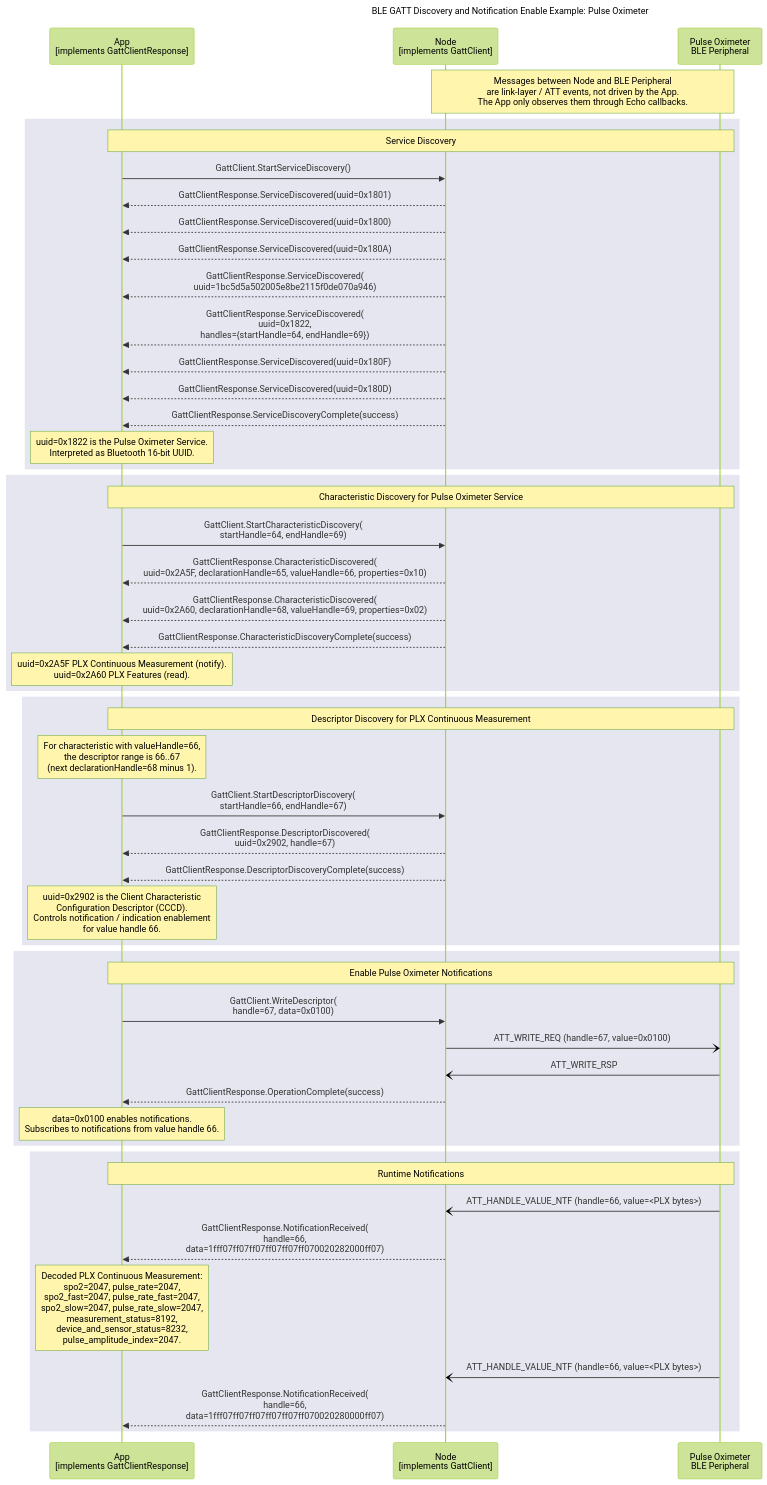
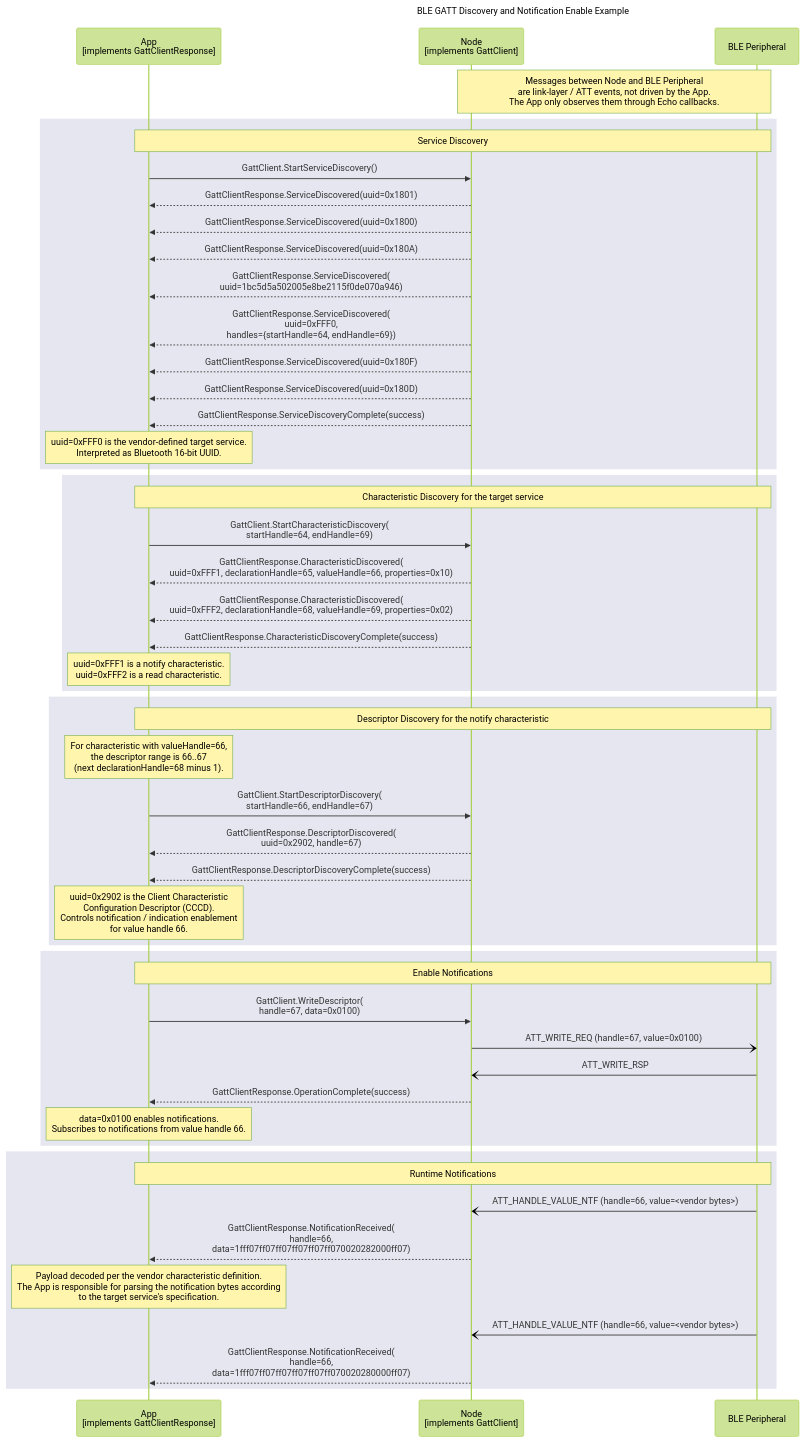
The diagram in documents/modules/ROOT/partials/echoservices/gatt_client/GattClient_DiscoveryFlowDetailed_sequence_example.mmd (philips-software/amp-embedded-infra-lib), drawn with Mermaid (forest theme) before and after one commit. The commit also changed 7 other files, not shown here.

```diff
--- a/documents/modules/ROOT/partials/echoservices/gatt_client/GattClient_DiscoveryFlowDetailed_sequence_example.mmd
+++ b/documents/modules/ROOT/partials/echoservices/gatt_client/GattClient_DiscoveryFlowDetailed_sequence_example.mmd
@@ -1,69 +1,69 @@
 sequenceDiagram
-    title BLE GATT Discovery and Notification Enable Example: Pulse Oximeter
+    title BLE GATT Discovery and Notification Enable Example
 
     participant App as App<br>[implements GattClientResponse]
     participant Node as Node<br>[implements GattClient]
-    participant Peripheral as Pulse Oximeter<br>BLE Peripheral
+    participant Peripheral as BLE Peripheral
 
     Note over Node, Peripheral: Messages between Node and BLE Peripheral<br>are link-layer / ATT events, not driven by the App.<br>The App only observes them through Echo callbacks.
 
     rect rgb(230, 230, 240)
         note over App, Peripheral: Service Discovery
         App->>Node: GattClient.StartServiceDiscovery()
 
         Node-->>App: GattClientResponse.ServiceDiscovered(uuid=0x1801)
         Node-->>App: GattClientResponse.ServiceDiscovered(uuid=0x1800)
         Node-->>App: GattClientResponse.ServiceDiscovered(uuid=0x180A)
         Node-->>App: GattClientResponse.ServiceDiscovered(<br>uuid=1bc5d5a502005e8be2115f0de070a946)
-        Node-->>App: GattClientResponse.ServiceDiscovered(<br>uuid=0x1822,<br>handles={startHandle=64, endHandle=69})
+        Node-->>App: GattClientResponse.ServiceDiscovered(<br>uuid=0xFFF0,<br>handles={startHandle=64, endHandle=69})
         Node-->>App: GattClientResponse.ServiceDiscovered(uuid=0x180F)
         Node-->>App: GattClientResponse.ServiceDiscovered(uuid=0x180D)
         Node-->>App: GattClientResponse.ServiceDiscoveryComplete(success)
 
-        note over App: uuid=0x1822 is the Pulse Oximeter Service.<br>Interpreted as Bluetooth 16-bit UUID.
+        note over App: uuid=0xFFF0 is the vendor-defined target service.<br>Interpreted as Bluetooth 16-bit UUID.
     end
 
     rect rgb(230, 230, 240)
-        note over App, Peripheral: Characteristic Discovery for Pulse Oximeter Service
+        note over App, Peripheral: Characteristic Discovery for the target service
         App->>Node: GattClient.StartCharacteristicDiscovery(<br>startHandle=64, endHandle=69)
 
-        Node-->>App: GattClientResponse.CharacteristicDiscovered(<br>uuid=0x2A5F, declarationHandle=65, valueHandle=66, properties=0x10)
-        Node-->>App: GattClientResponse.CharacteristicDiscovered(<br>uuid=0x2A60, declarationHandle=68, valueHandle=69, properties=0x02)
+        Node-->>App: GattClientResponse.CharacteristicDiscovered(<br>uuid=0xFFF1, declarationHandle=65, valueHandle=66, properties=0x10)
+        Node-->>App: GattClientResponse.CharacteristicDiscovered(<br>uuid=0xFFF2, declarationHandle=68, valueHandle=69, properties=0x02)
         Node-->>App: GattClientResponse.CharacteristicDiscoveryComplete(success)
 
-        note over App: uuid=0x2A5F PLX Continuous Measurement (notify).<br>uuid=0x2A60 PLX Features (read).
+        note over App: uuid=0xFFF1 is a notify characteristic.<br>uuid=0xFFF2 is a read characteristic.
     end
 
     rect rgb(230, 230, 240)
-        note over App, Peripheral: Descriptor Discovery for PLX Continuous Measurement
+        note over App, Peripheral: Descriptor Discovery for the notify characteristic
 
         note over App: For characteristic with valueHandle=66,<br>the descriptor range is 66..67<br>(next declarationHandle=68 minus 1).
 
         App->>Node: GattClient.StartDescriptorDiscovery(<br>startHandle=66, endHandle=67)
 
         Node-->>App: GattClientResponse.DescriptorDiscovered(<br>uuid=0x2902, handle=67)
         Node-->>App: GattClientResponse.DescriptorDiscoveryComplete(success)
 
         note over App: uuid=0x2902 is the Client Characteristic<br>Configuration Descriptor (CCCD).<br>Controls notification / indication enablement<br>for value handle 66.
     end
 
     rect rgb(230, 230, 240)
-        note over App, Peripheral: Enable Pulse Oximeter Notifications
+        note over App, Peripheral: Enable Notifications
         App->>Node: GattClient.WriteDescriptor(<br>handle=67, data=0x0100)
         Node-)Peripheral: ATT_WRITE_REQ (handle=67, value=0x0100)
         Peripheral-)Node: ATT_WRITE_RSP
         Node-->>App: GattClientResponse.OperationComplete(success)
 
         note over App: data=0x0100 enables notifications.<br>Subscribes to notifications from value handle 66.
     end
 
     rect rgb(230, 230, 240)
         note over App, Peripheral: Runtime Notifications
-        Peripheral-)Node: ATT_HANDLE_VALUE_NTF (handle=66, value=<PLX bytes>)
+        Peripheral-)Node: ATT_HANDLE_VALUE_NTF (handle=66, value=<vendor bytes>)
         Node-->>App: GattClientResponse.NotificationReceived(<br>handle=66,<br>data=1fff07ff07ff07ff07ff07ff070020282000ff07)
 
-        note over App: Decoded PLX Continuous Measurement:<br>spo2=2047, pulse_rate=2047,<br>spo2_fast=2047, pulse_rate_fast=2047,<br>spo2_slow=2047, pulse_rate_slow=2047,<br>measurement_status=8192,<br>device_and_sensor_status=8232,<br>pulse_amplitude_index=2047.
+        note over App: Payload decoded per the vendor characteristic definition.<br>The App is responsible for parsing the notification bytes according<br>to the target service's specification.
 
-        Peripheral-)Node: ATT_HANDLE_VALUE_NTF (handle=66, value=<PLX bytes>)
+        Peripheral-)Node: ATT_HANDLE_VALUE_NTF (handle=66, value=<vendor bytes>)
         Node-->>App: GattClientResponse.NotificationReceived(<br>handle=66,<br>data=1fff07ff07ff07ff07ff07ff070020280000ff07)
     end
```
